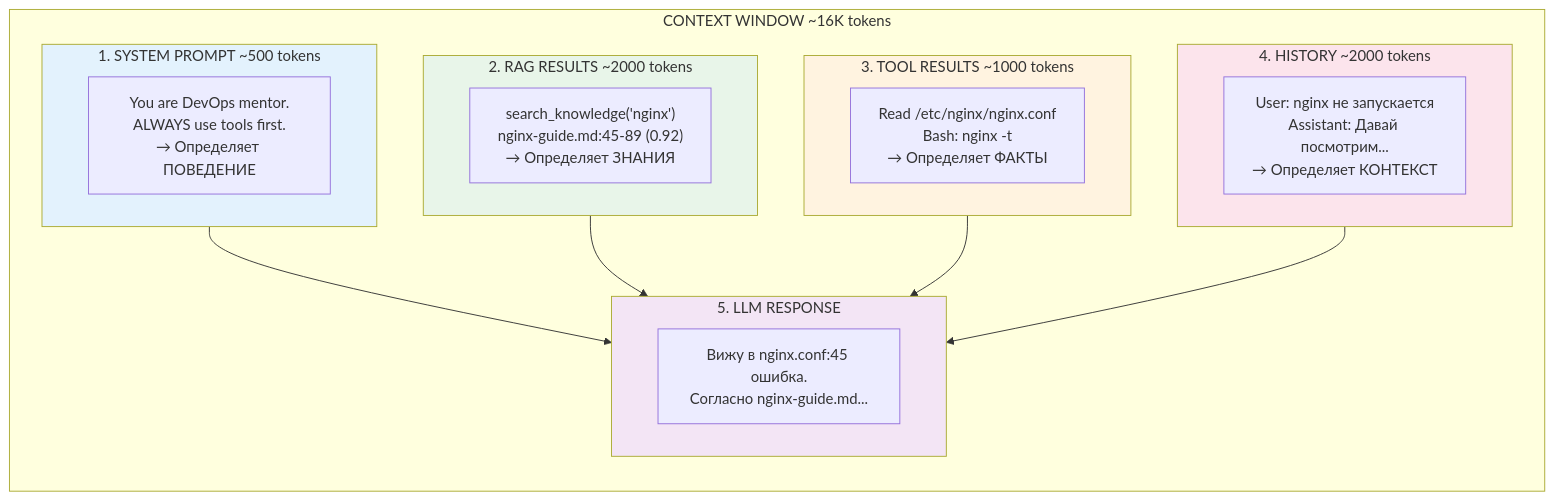
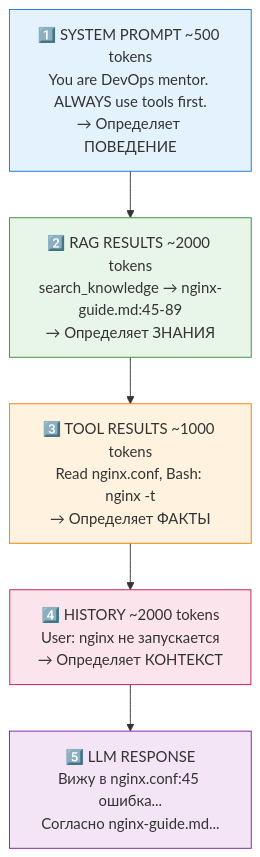
One commit to devitway/devopsway-blog changed the second of 4 diagrams in content/posts/claude-code-rag-context-engineering.md. Above: the diagram before and after it, drawn with Mermaid.

Commit message:
fix: make Context Window diagram vertical for readability
- Sequential flow: S1 → S2 → S3 → S4 → S5
- Removed nested subgraphs (caused horizontal spread)
- Added emoji numbers and border colors

```diff
--- a/content/posts/claude-code-rag-context-engineering.md
+++ b/content/posts/claude-code-rag-context-engineering.md
@@ -124,37 +124,16 @@
 {{< mermaid >}}
-flowchart TB
-    subgraph CW["CONTEXT WINDOW ~16K tokens"]
-        direction TB
+flowchart TD
+    S1["1️⃣ SYSTEM PROMPT ~500 tokens<br/>You are DevOps mentor. ALWAYS use tools first.<br/>→ Определяет ПОВЕДЕНИЕ"]
+    S2["2️⃣ RAG RESULTS ~2000 tokens<br/>search_knowledge → nginx-guide.md:45-89<br/>→ Определяет ЗНАНИЯ"]
+    S3["3️⃣ TOOL RESULTS ~1000 tokens<br/>Read nginx.conf, Bash: nginx -t<br/>→ Определяет ФАКТЫ"]
+    S4["4️⃣ HISTORY ~2000 tokens<br/>User: nginx не запускается<br/>→ Определяет КОНТЕКСТ"]
+    S5["5️⃣ LLM RESPONSE<br/>Вижу в nginx.conf:45 ошибка...<br/>Согласно nginx-guide.md..."]
 
-        subgraph S1["1. SYSTEM PROMPT ~500 tokens"]
-            SP["You are DevOps mentor.<br/>ALWAYS use tools first.<br/>→ Определяет ПОВЕДЕНИЕ"]
-        end
+    S1 --> S2 --> S3 --> S4 --> S5
 
-        subgraph S2["2. RAG RESULTS ~2000 tokens"]
-            RAG["search_knowledge('nginx')<br/>nginx-guide.md:45-89 (0.92)<br/>→ Определяет ЗНАНИЯ"]
-        end
-
-        subgraph S3["3. TOOL RESULTS ~1000 tokens"]
-            TR["Read /etc/nginx/nginx.conf<br/>Bash: nginx -t<br/>→ Определяет ФАКТЫ"]
-        end
-
-        subgraph S4["4. HISTORY ~2000 tokens"]
-            H["User: nginx не запускается<br/>Assistant: Давай посмотрим...<br/>→ Определяет КОНТЕКСТ"]
-        end
-
-        subgraph S5["5. LLM RESPONSE"]
-            R["Вижу в nginx.conf:45 ошибка.<br/>Согласно nginx-guide.md..."]
-        end
-
-        S1 --> S5
-        S2 --> S5
-        S3 --> S5
-        S4 --> S5
-    end
-
-    style S1 fill:#e3f2fd
-    style S2 fill:#e8f5e9
-    style S3 fill:#fff3e0
-    style S4 fill:#fce4ec
-    style S5 fill:#f3e5f5
+    style S1 fill:#e3f2fd,stroke:#1976d2
+    style S2 fill:#e8f5e9,stroke:#388e3c
+    style S3 fill:#fff3e0,stroke:#f57c00
+    style S4 fill:#fce4ec,stroke:#c2185b
+    style S5 fill:#f3e5f5,stroke:#7b1fa2
 {{< /mermaid >}}
```
